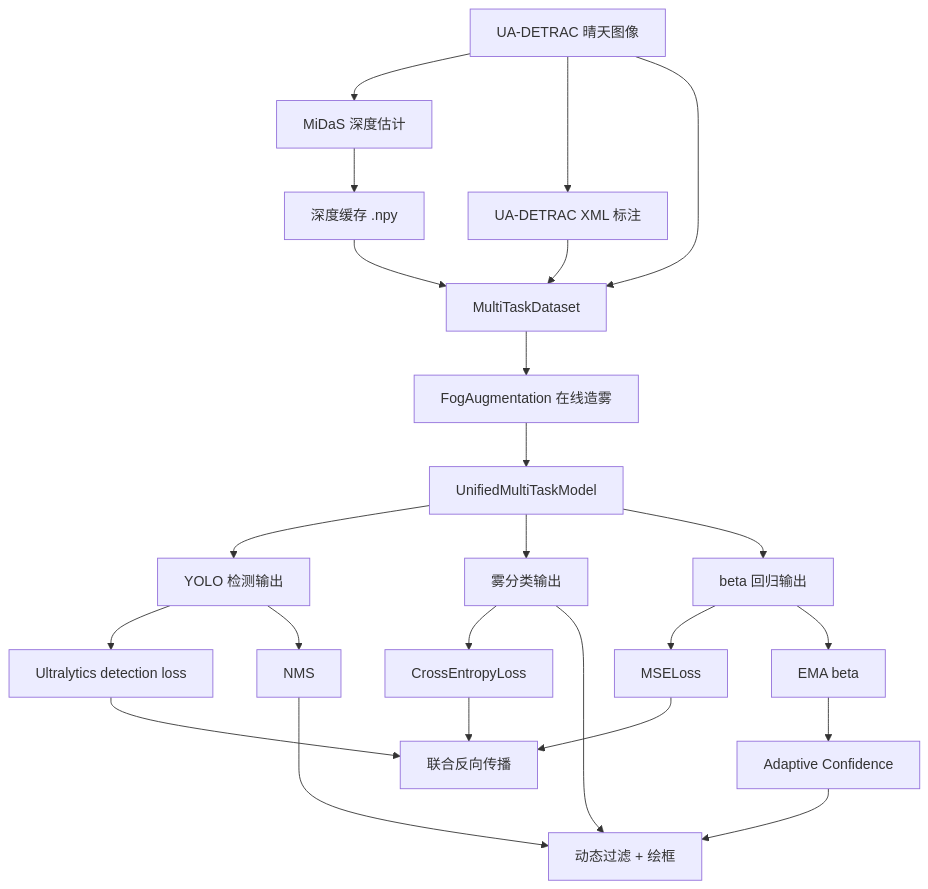
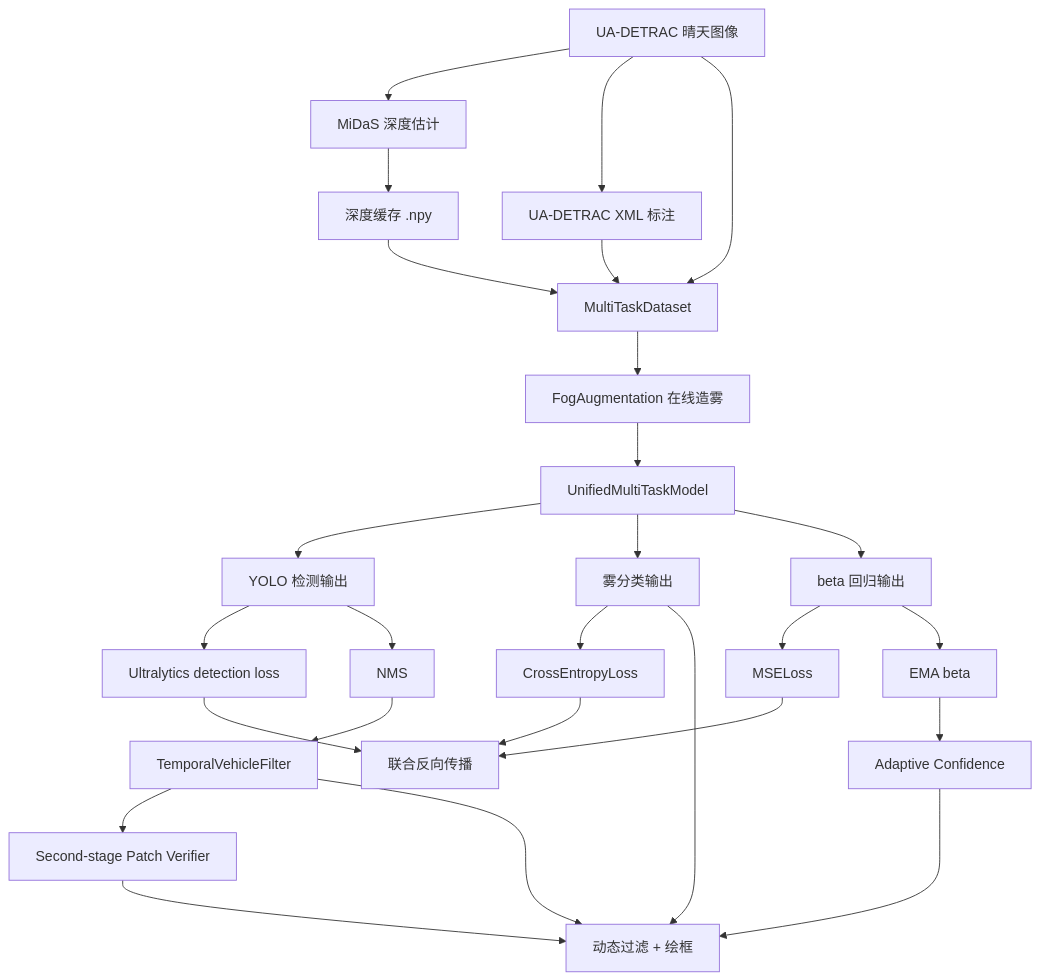
Before and after one commit to vansour/BS: the diagram in README.md, drawn with Mermaid. The commit also changed other lines of this file and 103 other files, not shown here.

````diff
--- a/README.md
+++ b/README.md
@@ -50,26 +60,29 @@
 ```mermaid
 flowchart TD
     A["UA-DETRAC 晴天图像"] --> B["MiDaS 深度估计"]
     B --> C["深度缓存 .npy"]
     A --> D["UA-DETRAC XML 标注"]
     A --> E["MultiTaskDataset"]
     C --> E
     D --> E
     E --> F["FogAugmentation 在线造雾"]
     F --> G["UnifiedMultiTaskModel"]
     G --> H["YOLO 检测输出"]
     G --> I["雾分类输出"]
     G --> J["beta 回归输出"]
     H --> K["Ultralytics detection loss"]
     I --> L["CrossEntropyLoss"]
     J --> M["MSELoss"]
     K --> N["联合反向传播"]
     L --> N
     M --> N
     H --> O["NMS"]
+    O --> O2["TemporalVehicleFilter"]
     J --> P["EMA beta"]
     P --> Q["Adaptive Confidence"]
-    O --> R["动态过滤 + 绘框"]
+    O2 --> O3["Second-stage Patch Verifier"]
+    O2 --> R["动态过滤 + 绘框"]
+    O3 --> R
     I --> R
     Q --> R
 ```
````
